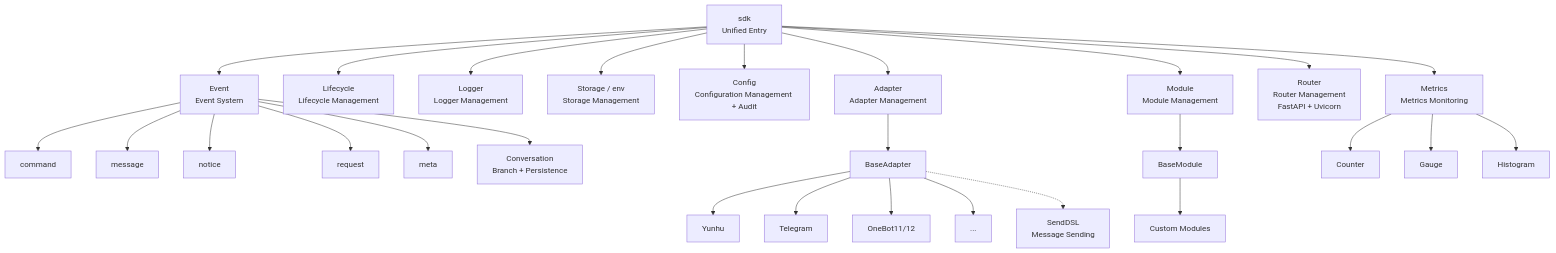
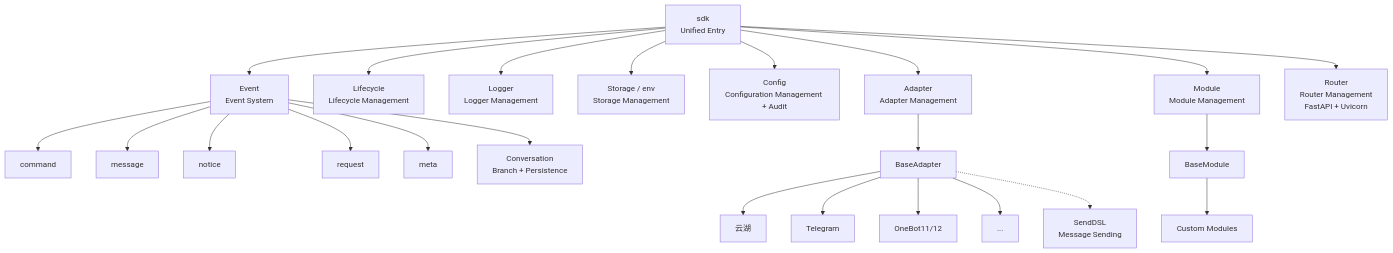
One commit to ErisPulse/ErisPulse changed the first of 5 diagrams in docs/en/ai-support/prompts/ErisPulse-AdapterDev.md. Above: the diagram before and after it, drawn with Mermaid. The commit also changed other lines of this file and 17 other files, not shown here.

````diff
--- a/docs/en/ai-support/prompts/ErisPulse-AdapterDev.md
+++ b/docs/en/ai-support/prompts/ErisPulse-AdapterDev.md
@@ -52,36 +52,30 @@
 ```mermaid
 graph TB
     SDK["sdk<br/>Unified Entry"]
 
     SDK --> Event["Event<br/>Event System"]
     SDK --> Lifecycle["Lifecycle<br/>Lifecycle Management"]
     SDK --> Logger["Logger<br/>Logger Management"]
     SDK --> Storage["Storage / env<br/>Storage Management"]
     SDK --> Config["Config<br/>Configuration Management + Audit"]
     SDK --> AdapterMgr["Adapter<br/>Adapter Management"]
     SDK --> ModuleMgr["Module<br/>Module Management"]
     SDK --> Router["Router<br/>Router Management<br/>FastAPI + Uvicorn"]
-    SDK --> Metrics["Metrics<br/>Metrics Monitoring"]
-
     Event --> Command["command"]
     Event --> Message["message"]
     Event --> Notice["notice"]
     Event --> Request["request"]
     Event --> Meta["meta"]
     Event --> Conversation["Conversation<br/>Branch + Persistence"]
 
     AdapterMgr --> BaseAdapter["BaseAdapter"]
-    BaseAdapter --> P1["Yunhu"]
+    BaseAdapter --> P1["云湖"]
     BaseAdapter --> P2["Telegram"]
     BaseAdapter --> P3["OneBot11/12"]
     BaseAdapter --> PN["..."]
 
     ModuleMgr --> BaseModule["BaseModule"]
     BaseModule --> CM["Custom Modules"]
 
     BaseAdapter -.-> SendDSL["SendDSL<br/>Message Sending"]
-
-    Metrics --> Counter["Counter"]
-    Metrics --> Gauge["Gauge"]
-    Metrics --> Histogram["Histogram"]
 ```
````
